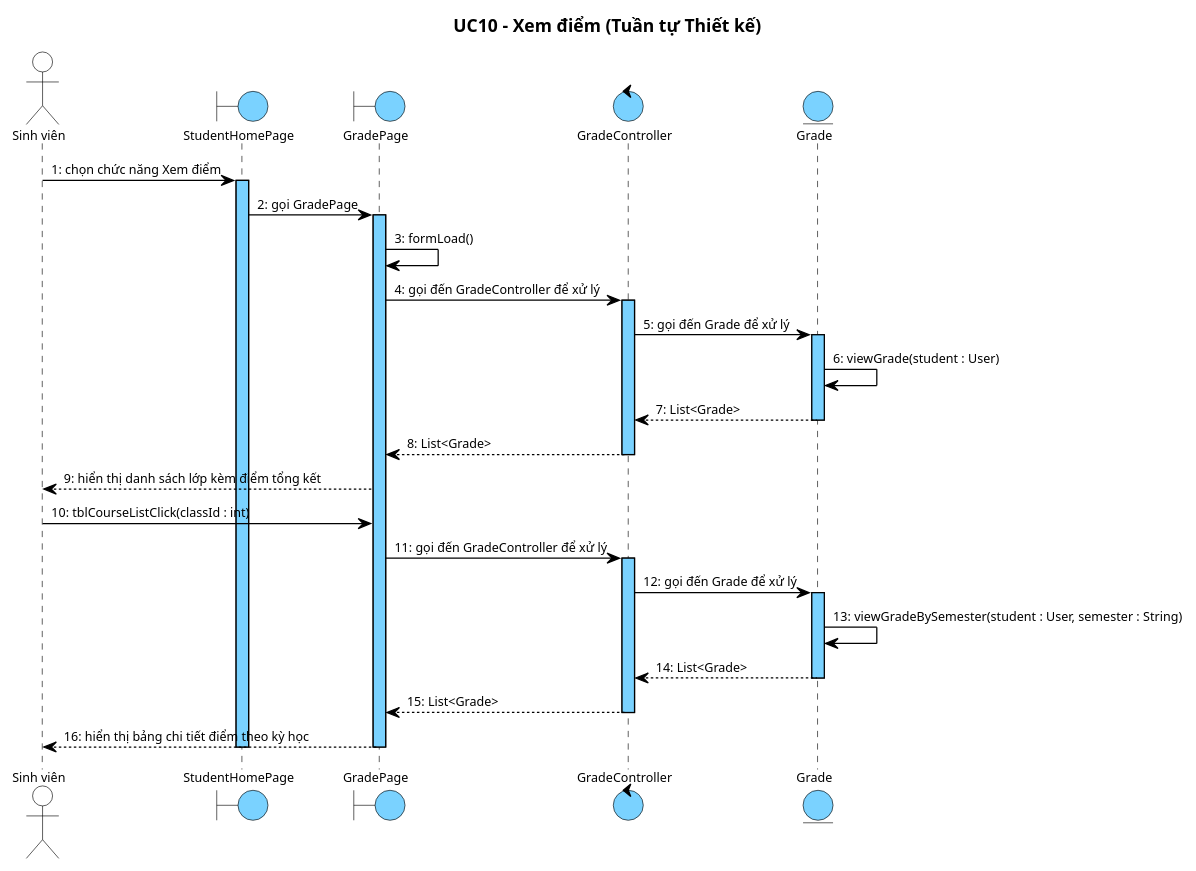
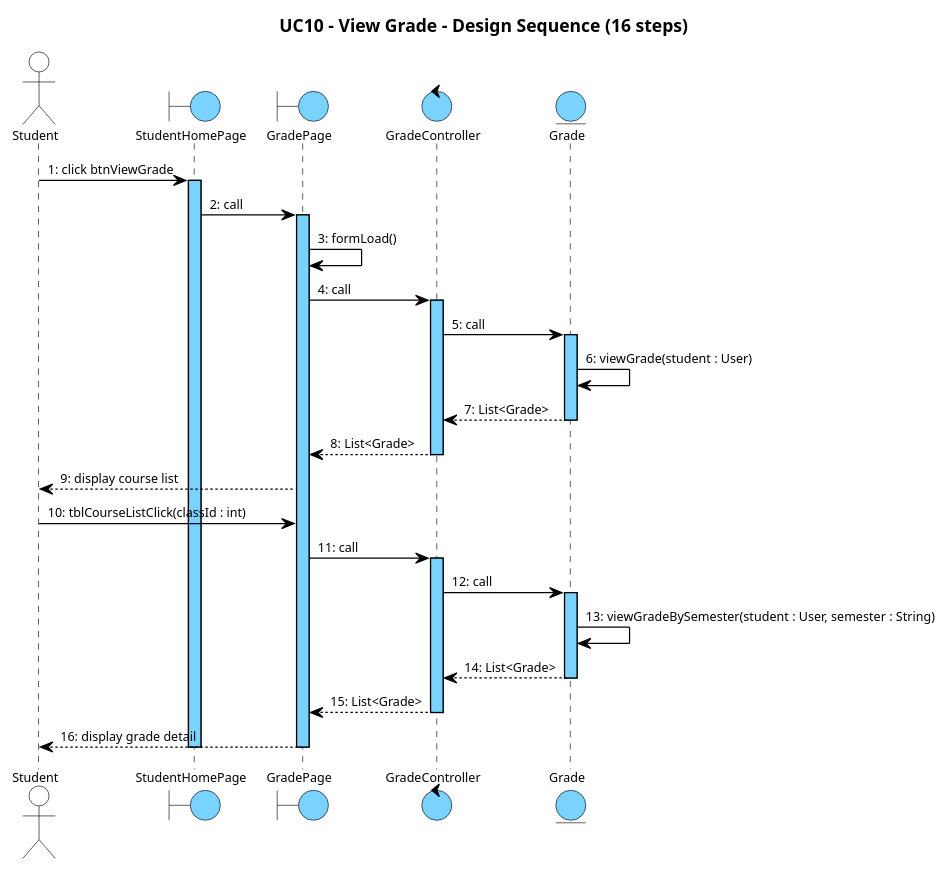
Diagram 19 of 20 in report/md/module3_attendance_grades.md (thanhtrnnn/universe), drawn with PlantUML before and after one commit. The commit also changed other lines of this file and 27 other files, not shown here.

First line of the commit message:
feat(module3): rewrite II.4+III.4 seq diagrams per updated cnpm skill; sync skill from remote

```diff
--- a/report/md/module3_attendance_grades.md
+++ b/report/md/module3_attendance_grades.md
@@ -1542,48 +1722,76 @@
   FontName "Arial"
   FontSize 10
   FontColor #000000
-  boundary { BackgroundColor #7AD2FF; LineColor #000000 }
-  control { BackgroundColor #7AD2FF; LineColor #000000 }
-  entity { BackgroundColor #7AD2FF; LineColor #000000 }
-  actor { BackgroundColor transparent; LineColor #000000 }
-  lifeline { LineColor #000000; LineStyle 5-5 }
-  arrow { LineColor #000000; LineThickness 1; FontSize 10 }
+
+  participant {
+    BackgroundColor #7AD2FF
+    LineColor #000000
+    LineThickness 1
+  }
+
+  actor {
+    BackgroundColor transparent
+    LineColor #000000
+  }
+  boundary {
+    BackgroundColor #7AD2FF
+    LineColor #000000
+  }
+  control {
+    BackgroundColor #7AD2FF
+    LineColor #000000
+  }
+  entity {
+    BackgroundColor #7AD2FF
+    LineColor #000000
+  }
+
+  lifeline {
+    LineColor #000000
+    LineStyle 5-5
+  }
+
+  arrow {
+    LineColor #000000
+    LineThickness 1
+    FontSize 10
+  }
 }
 </style>
-title UC10 – Xem điểm (Tuần tự Thiết kế)
+title UC10 – View Grade – Design Sequence (16 steps)
 
-actor "Sinh viên" as SV
+actor "Student" as Actor
 boundary StudentHomePage
 boundary GradePage
 control GradeController
 entity Grade
 
-SV -> StudentHomePage : 1: chọn chức năng Xem điểm
+Actor -> StudentHomePage : 1: click btnViewGrade
 activate StudentHomePage
-StudentHomePage -> GradePage : 2: gọi GradePage
+StudentHomePage -> GradePage : 2: call
 activate GradePage
 GradePage -> GradePage : 3: formLoad()
-GradePage -> GradeController : 4: gọi đến GradeController để xử lý
+GradePage -> GradeController : 4: call
 activate GradeController
-GradeController -> Grade : 5: gọi đến Grade để xử lý
+GradeController -> Grade : 5: call
 activate Grade
 Grade -> Grade : 6: viewGrade(student : User)
 Grade --> GradeController : 7: List<Grade>
 deactivate Grade
 GradeController --> GradePage : 8: List<Grade>
 deactivate GradeController
-GradePage --> SV : 9: hiển thị danh sách lớp kèm điểm tổng kết
-SV -> GradePage : 10: tblCourseListClick(classId : int)
-GradePage -> GradeController : 11: gọi đến GradeController để xử lý
+GradePage --> Actor : 9: display course list
+Actor -> GradePage : 10: tblCourseListClick(classId : int)
+GradePage -> GradeController : 11: call
 activate GradeController
-GradeController -> Grade : 12: gọi đến Grade để xử lý
+GradeController -> Grade : 12: call
 activate Grade
 Grade -> Grade : 13: viewGradeBySemester(student : User, semester : String)
 Grade --> GradeController : 14: List<Grade>
 deactivate Grade
 GradeController --> GradePage : 15: List<Grade>
 deactivate GradeController
-GradePage --> SV : 16: hiển thị bảng chi tiết điểm theo kỳ học
+GradePage --> Actor : 16: display grade detail
 deactivate GradePage
 deactivate StudentHomePage
 @enduml
```
